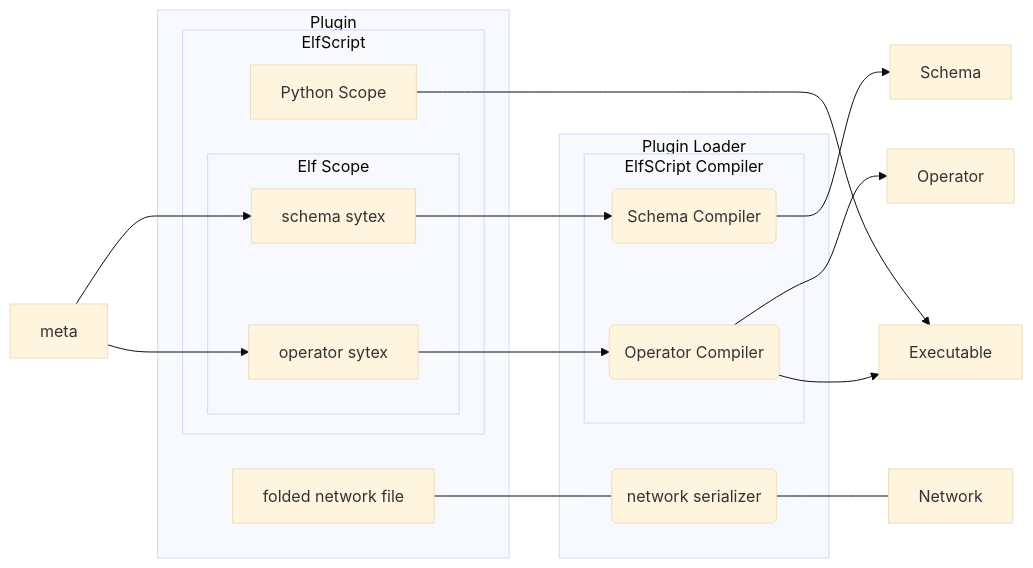
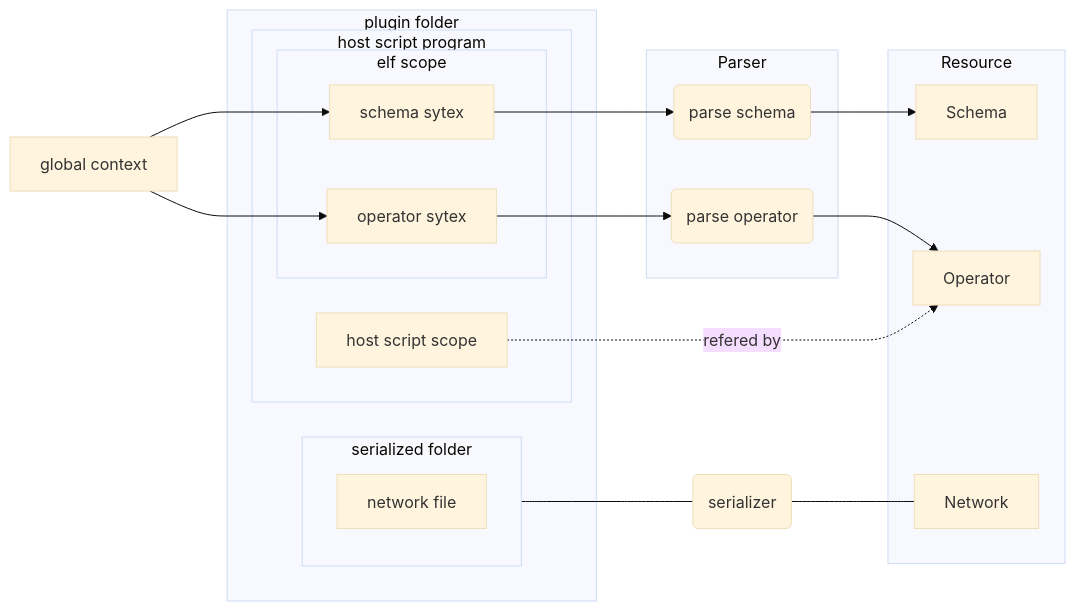
Before and after one commit to windwhiterain/Elf: the second of 2 diagrams in developer guide.md, drawn with Mermaid (base theme). The commit also changed other lines of this file and 28 other files, not shown here.

````diff
--- a/developer guide.md
+++ b/developer guide.md
@@ -30,27 +15,31 @@
 ```mermaid
 graph LR
-    meta[meta]
-    subgraph pg[Plugin]
-        subgraph es[ElfScript]
-            subgraph ecope[Elf Scope]
+    meta[global context]
+    subgraph pg[plugin folder]
+        subgraph es[host script program]
+            subgraph ecope[elf scope]
                 sm[schema sytex]
                 op[operator sytex]
             end
-            pycope[Python Scope]
+            pycope[host script scope]
         end
-        fn[folded network file]
+        subgraph fn[serialized folder]
+            network[network file]
+        end
     end
     meta--> sm & op
-    subgraph pl[Plugin Loader]
-        subgraph ec[ElfSCript Compiler]
-            smc(Schema Compiler)
-            opc(Operator Compiler)
-        end
-        pgld(network serializer)
+    subgraph ec[Parser]
+        smc(parse schema)
+        opc(parse operator)
     end
-    sm-->smc-->smd[Schema]
-    op-->opc-->exe[Executable] & opd[Operator]
-    pycope-->exe
-    
-    fn---pgld---net[Network]
+    pgld(serializer)
+    sm-->smc-->smd
+    op-->opc-->opd
+    pycope-.refered by.->opd
+    fn---pgld---net
+    subgraph resource[Resource]
+        net[Network]
+        opd[Operator]
+        smd[Schema]
+    end
 ```
````
